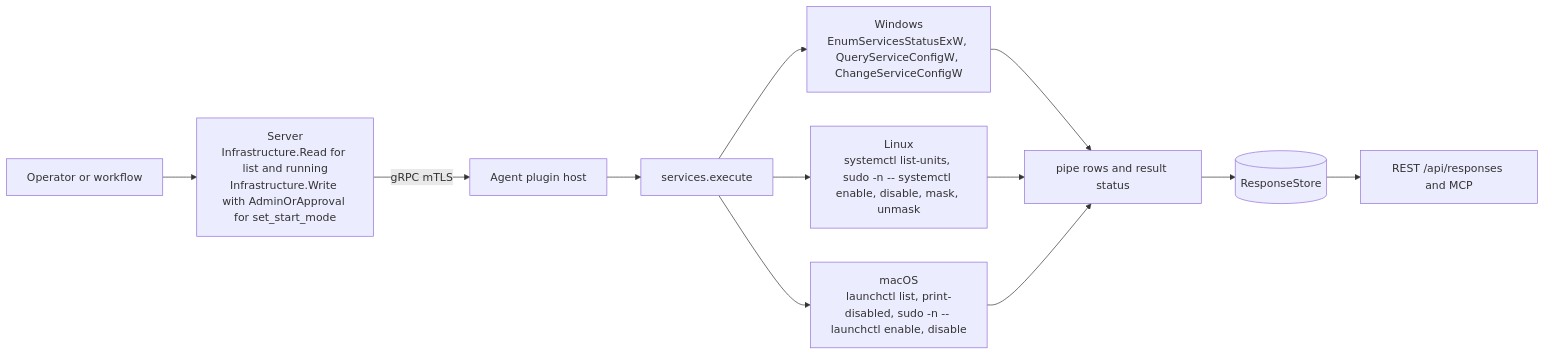
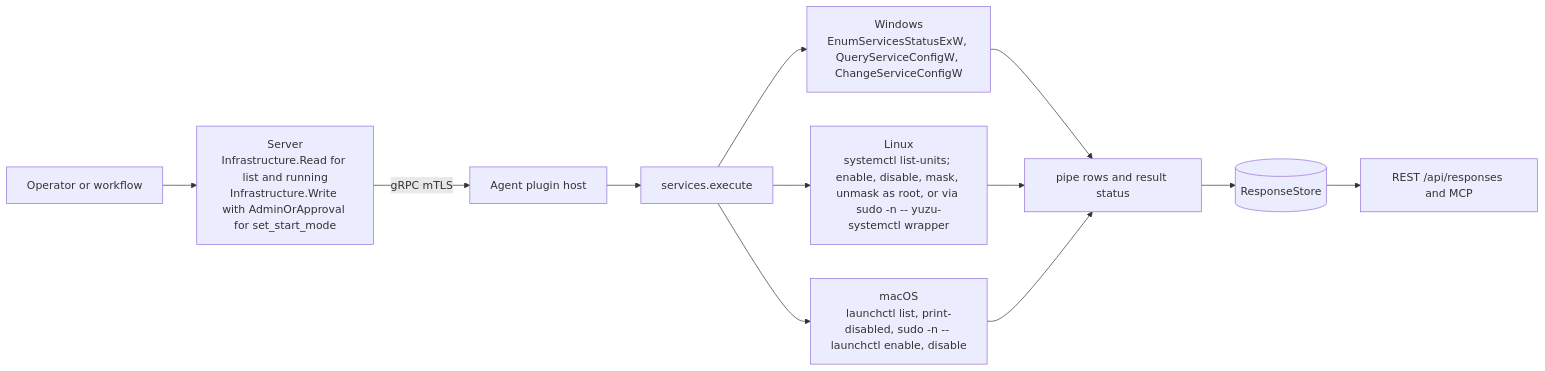
One commit to DevNullLtd/Yuzu changed the first of 3 diagrams in agents/plugins/services/README.md. Above: the diagram before and after it, drawn with Mermaid. The commit also changed other lines of this file and 12 other files, not shown here.

````diff
--- a/agents/plugins/services/README.md
+++ b/agents/plugins/services/README.md
@@ -21,9 +21,9 @@
 ```mermaid
 flowchart LR
   OP["Operator or workflow"] --> SRV["Server<br/>Infrastructure.Read for list and running<br/>Infrastructure.Write with AdminOrApproval for set_start_mode"]
   SRV -- "gRPC mTLS" --> HOST["Agent plugin host"] --> EX["services.execute"]
   EX --> WIN["Windows<br/>EnumServicesStatusExW, QueryServiceConfigW, ChangeServiceConfigW"]
-  EX --> LIN["Linux<br/>systemctl list-units, sudo -n -- systemctl enable, disable, mask, unmask"]
+  EX --> LIN["Linux<br/>systemctl list-units; enable, disable, mask, unmask as root, or via sudo -n -- yuzu-systemctl wrapper"]
   EX --> MAC["macOS<br/>launchctl list, print-disabled, sudo -n -- launchctl enable, disable"]
   WIN & LIN & MAC --> ROWS["pipe rows and result status"] --> RS[("ResponseStore")] --> API["REST /api/responses and MCP"]
 ```
````
